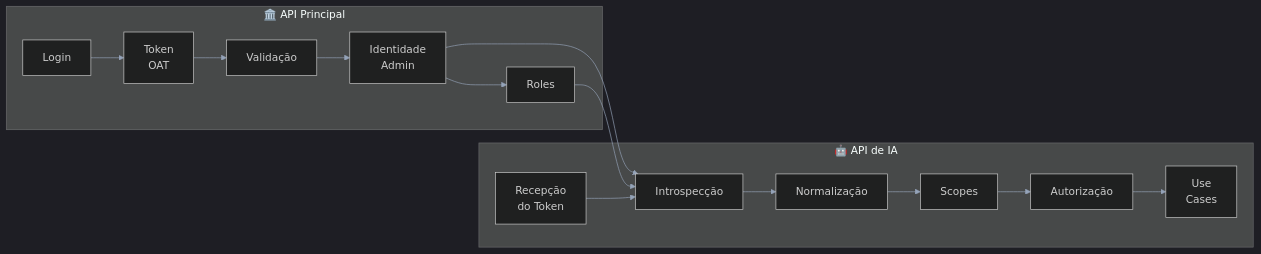
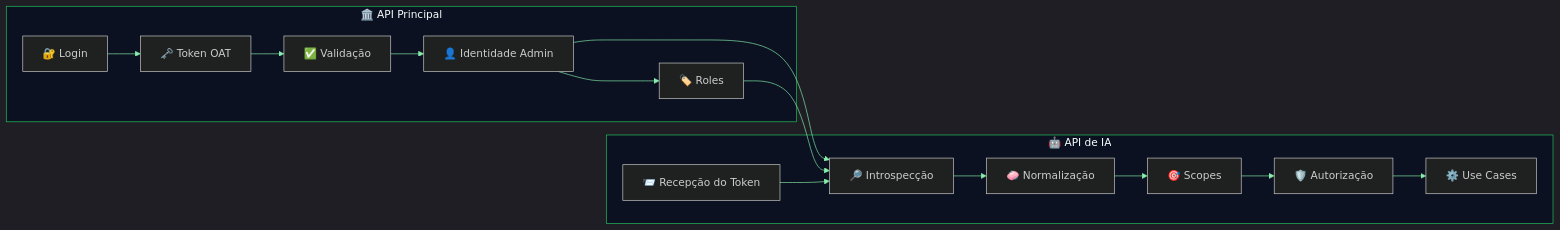
The third of 9 diagrams in RFC-0001-Auth.md (matheusdiamantino-betalent/IA), drawn with Mermaid before and after one commit. The commit also changed other lines of this file, not shown here.

````diff
--- a/RFC-0001-Auth.md
+++ b/RFC-0001-Auth.md
@@ -353,33 +391,37 @@
 ```mermaid
 %%{init: {'theme':'dark','themeVariables': {
-  'primaryColor':'#111827',
-  'primaryTextColor':'#e5e7eb',
-  'primaryBorderColor':'#22c55e',
-  'lineColor':'#94a3b8',
-  'secondaryColor':'#0f172a',
-  'tertiaryColor':'#1f2937',
-  'fontFamily':'Inter, Segoe UI, Arial'
+  'background':'#020617',
+  'primaryColor':'#0f172a',
+  'primaryTextColor':'#e2e8f0',
+  'primaryBorderColor':'#4ade80',
+  'lineColor':'#86efac',
+  'secondaryColor':'#111827',
+  'tertiaryColor':'#1e293b',
+  'clusterBkg':'#0b1120',
+  'clusterBorder':'#22c55e',
+  'fontFamily':'Inter, Segoe UI, Arial',
+  'fontSize':'16px'
 }}}%%
 flowchart LR
     subgraph MAIN["🏛️ API Principal"]
-        M1["Login"]
-        M2["Token\nOAT"]
-        M3["Validação"]
-        M4["Identidade\nAdmin"]
-        M5["Roles"]
+        M1["🔐 Login"]
+        M2["🗝️ Token OAT"]
+        M3["✅ Validação"]
+        M4["👤 Identidade Admin"]
+        M5["🏷️ Roles"]
     end
 
     subgraph AI["🤖 API de IA"]
-        A1["Recepção\ndo Token"]
-        A2["Introspecção"]
-        A3["Normalização"]
-        A4["Scopes"]
-        A5["Autorização"]
-        A6["Use\nCases"]
+        A1["📨 Recepção do Token"]
+        A2["🔎 Introspecção"]
+        A3["🧼 Normalização"]
+        A4["🎯 Scopes"]
+        A5["🛡️ Autorização"]
+        A6["⚙️ Use Cases"]
     end
 
     M1 --> M2 --> M3 --> M4 --> M5
     M4 --> A2
     M5 --> A2
     A1 --> A2 --> A3 --> A4 --> A5 --> A6
 ```
````
